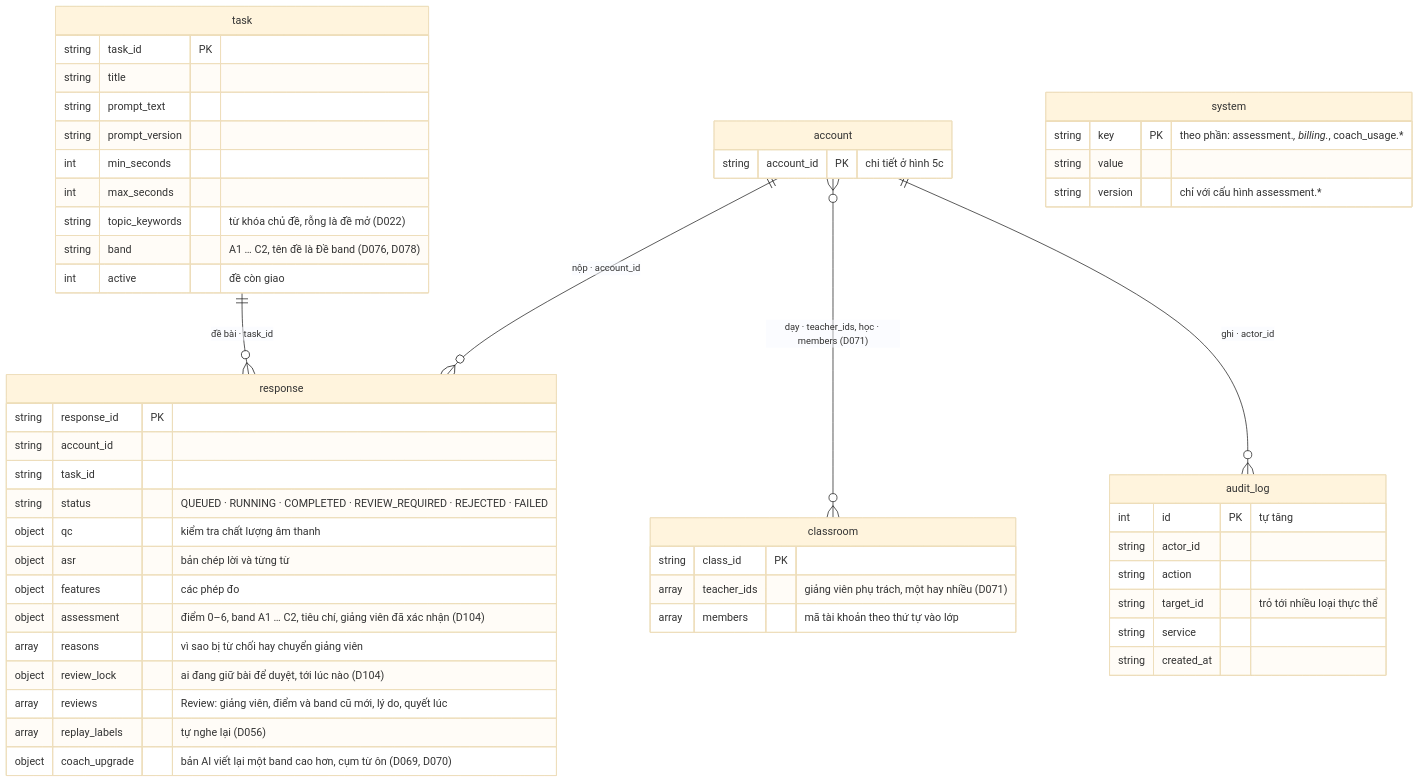
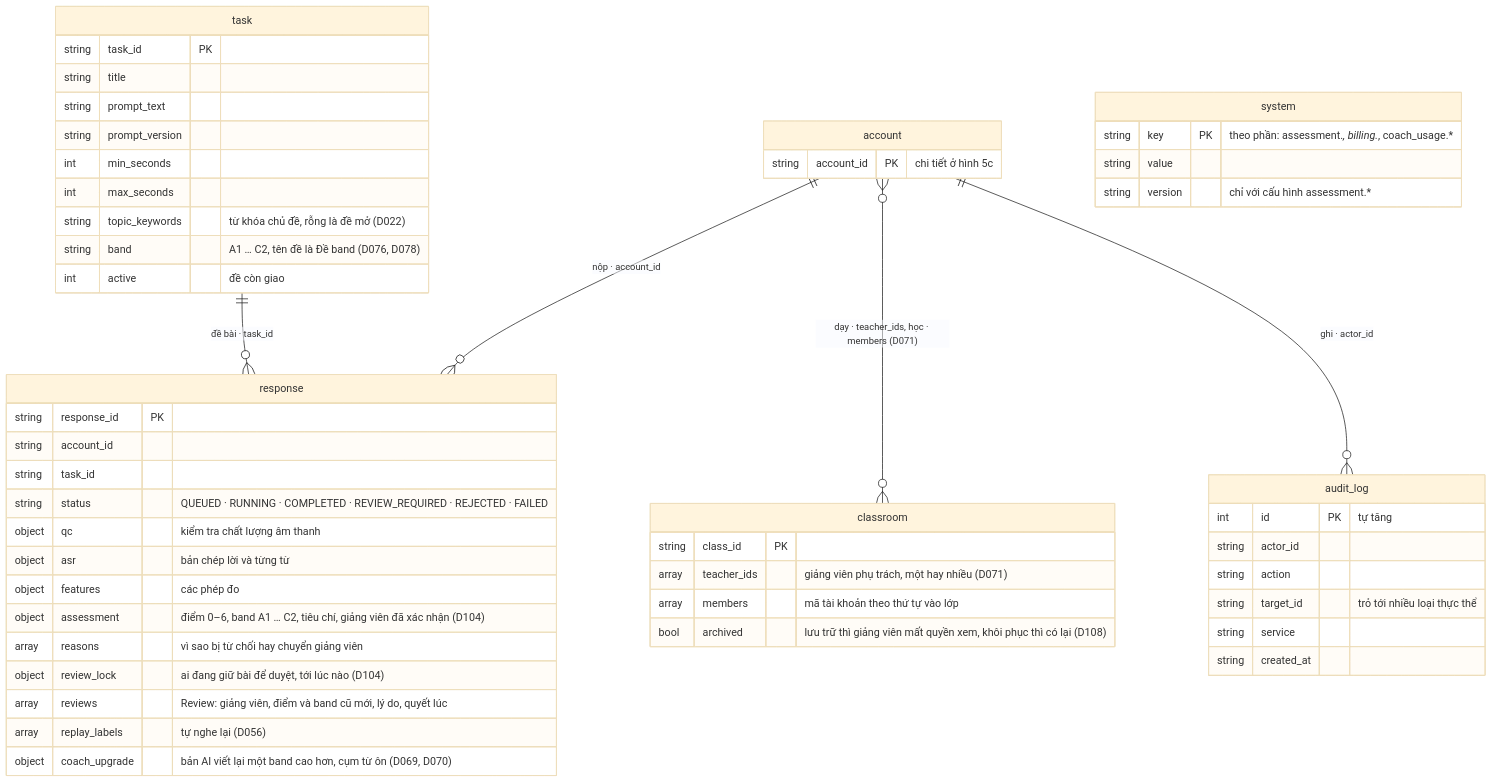
Before and after one commit to ThanhSangLouis/ai-assessor-cefr: the diagram in docs/sdd/diagrams/05_erd.mmd, drawn with Mermaid (base theme). The commit also changed 6 other files, not shown here.

First line of the commit message:
Sơ đồ: LedgerEntry.included (D107), classroom.archived trong ERD (D108)

```diff
--- a/docs/sdd/diagrams/05_erd.mmd
+++ b/docs/sdd/diagrams/05_erd.mmd
@@ -1,64 +1,65 @@
 %% SDD - Diagram 05: ERD - phan cham diem va van hanh (MongoDB, database core)
 %% Sau D060 moi aggregate root cua so do lop la mot collection; phan hop thanh
 %% nam trong document cua goc, ghi bang truong kieu mang. Tach ba hinh cho ty le
 %% in A4: hinh 5c ve dinh danh. D104: khoa duyet nam lai trong response, bao cao
 %% la chinh cac truong cua response (khong con chuoi JSON).
 %% Duong lien: tham chieu do ma giu (MongoDB khong ep khoa ngoai).
 erDiagram
     account ||--o{ response : "nộp · account_id"
     task ||--o{ response : "đề bài · task_id"
     account }o--o{ classroom : "dạy · teacher_ids, học · members (D071)"
     account ||--o{ audit_log : "ghi · actor_id"
 
     account {
         string account_id PK "chi tiết ở hình 5c"
     }
 
     task {
         string task_id PK
         string title
         string prompt_text
         string prompt_version
         int min_seconds
         int max_seconds
         string topic_keywords "từ khóa chủ đề, rỗng là đề mở (D022)"
         string band "A1 … C2, tên đề là Đề band (D076, D078)"
         int active "đề còn giao"
     }
 
     response {
         string response_id PK
         string account_id
         string task_id
         string status "QUEUED · RUNNING · COMPLETED · REVIEW_REQUIRED · REJECTED · FAILED"
         object qc "kiểm tra chất lượng âm thanh"
         object asr "bản chép lời và từng từ"
         object features "các phép đo"
         object assessment "điểm 0–6, band A1 … C2, tiêu chí, giảng viên đã xác nhận (D104)"
         array reasons "vì sao bị từ chối hay chuyển giảng viên"
         object review_lock "ai đang giữ bài để duyệt, tới lúc nào (D104)"
         array reviews "Review: giảng viên, điểm và band cũ mới, lý do, quyết lúc"
         array replay_labels "tự nghe lại (D056)"
         object coach_upgrade "bản AI viết lại một band cao hơn, cụm từ ôn (D069, D070)"
     }
 
     classroom {
         string class_id PK
         array teacher_ids "giảng viên phụ trách, một hay nhiều (D071)"
         array members "mã tài khoản theo thứ tự vào lớp"
+        bool archived "lưu trữ thì giảng viên mất quyền xem, khôi phục thì có lại (D108)"
     }
 
     audit_log {
         int id PK "tự tăng"
         string actor_id
         string action
         string target_id "trỏ tới nhiều loại thực thể"
         string service
         string created_at
     }
 
     system {
         string key PK "theo phần: assessment.*, billing.*, coach_usage.*"
         string value
         string version "chỉ với cấu hình assessment.*"
     }
```
